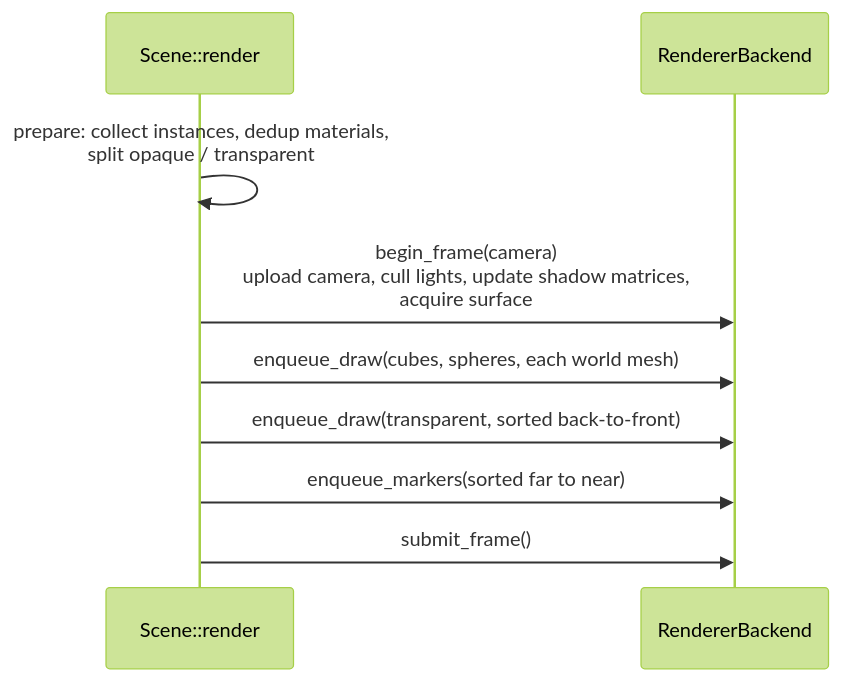
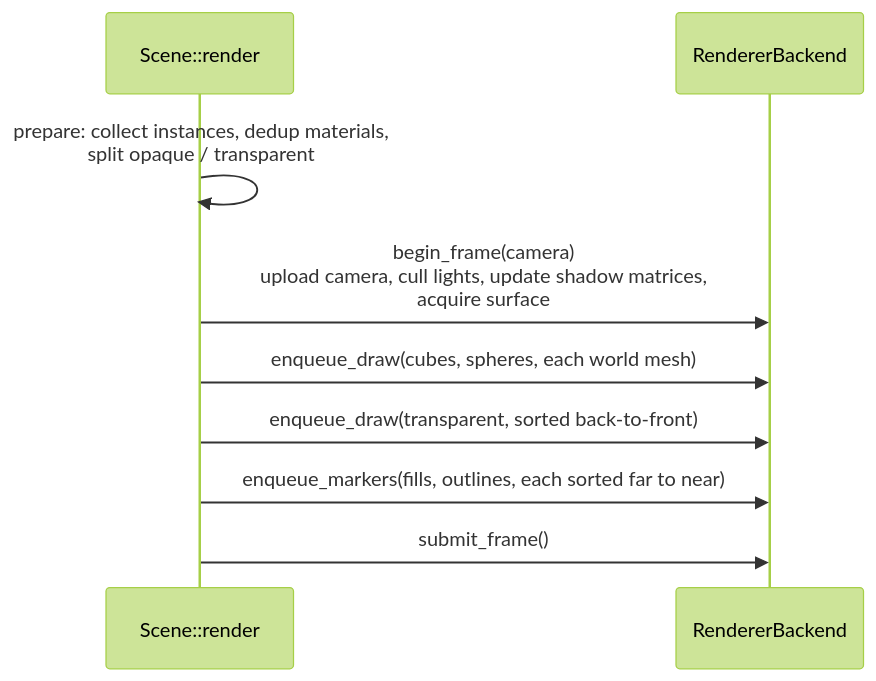
One commit to WrackedFella/moho changed the second of 3 diagrams in wiki/architecture/rendering.md. Above: the diagram before and after it, drawn with Mermaid (forest theme). The commit also changed other lines of this file and 2 other files, not shown here.

````diff
--- a/wiki/architecture/rendering.md
+++ b/wiki/architecture/rendering.md
@@ -109,11 +109,11 @@
 ```mermaid
 sequenceDiagram
     participant S as Scene::render
     participant B as RendererBackend
     S->>S: prepare: collect instances, dedup materials,<br/>split opaque / transparent
     S->>B: begin_frame(camera)<br/>upload camera, cull lights, update shadow matrices,<br/>acquire surface
     S->>B: enqueue_draw(cubes, spheres, each world mesh)
     S->>B: enqueue_draw(transparent, sorted back-to-front)
-    S->>B: enqueue_markers(sorted far to near)
+    S->>B: enqueue_markers(fills, outlines, each sorted far to near)
     S->>B: submit_frame()
 ```
````
